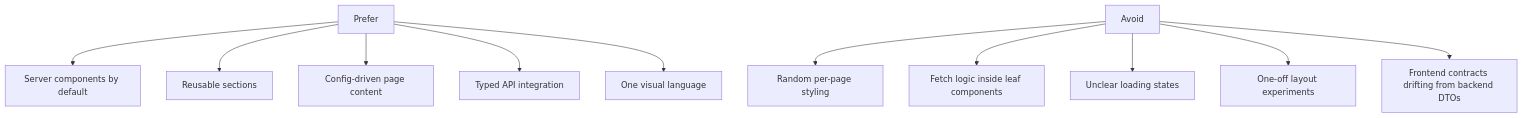
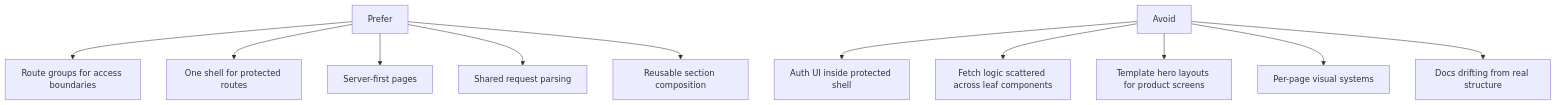
Before and after one commit to eqan/AI-Driven-Project-Template: the eighth of 8 diagrams in frontend/ARCHITECTURE.md, drawn with Mermaid. The commit also changed other lines of this file and 37 other files, not shown here.

Commit message:
main: refined the template and esepcially refined the agentic flow prompt

````diff
--- a/frontend/ARCHITECTURE.md
+++ b/frontend/ARCHITECTURE.md
@@ -182,17 +173,17 @@
 ```mermaid
 flowchart TD
     Prefer[Prefer]
     Avoid[Avoid]
 
-    Prefer --> P1[Server components by default]
-    Prefer --> P2[Reusable sections]
-    Prefer --> P3[Config-driven page content]
-    Prefer --> P4[Typed API integration]
-    Prefer --> P5[One visual language]
+    Prefer --> P1[Route groups for access boundaries]
+    Prefer --> P2[One shell for protected routes]
+    Prefer --> P3[Server-first pages]
+    Prefer --> P4[Shared request parsing]
+    Prefer --> P5[Reusable section composition]
 
-    Avoid --> A1[Random per-page styling]
-    Avoid --> A2[Fetch logic inside leaf components]
-    Avoid --> A3[Unclear loading states]
-    Avoid --> A4[One-off layout experiments]
-    Avoid --> A5[Frontend contracts drifting from backend DTOs]
+    Avoid --> A1[Auth UI inside protected shell]
+    Avoid --> A2[Fetch logic scattered across leaf components]
+    Avoid --> A3[Template hero layouts for product screens]
+    Avoid --> A4[Per-page visual systems]
+    Avoid --> A5[Docs drifting from real structure]
 ```
````
